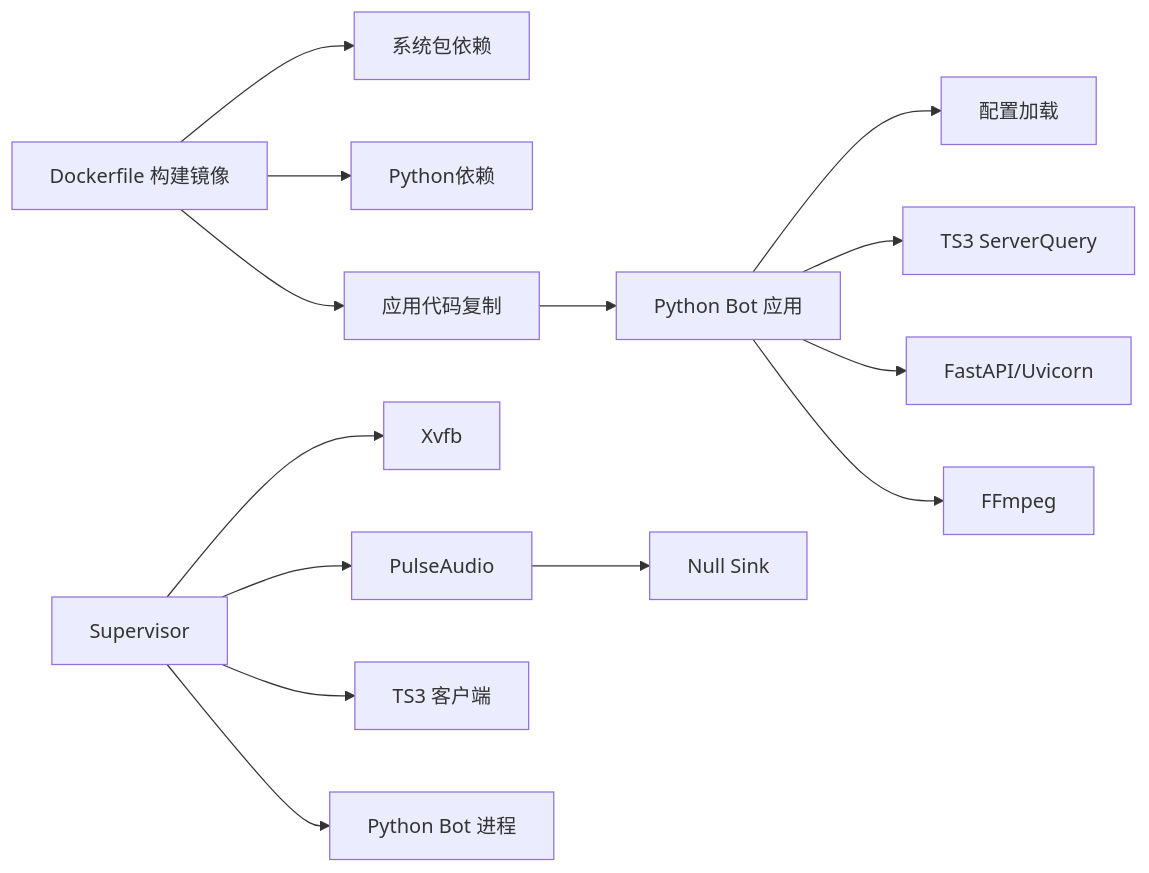
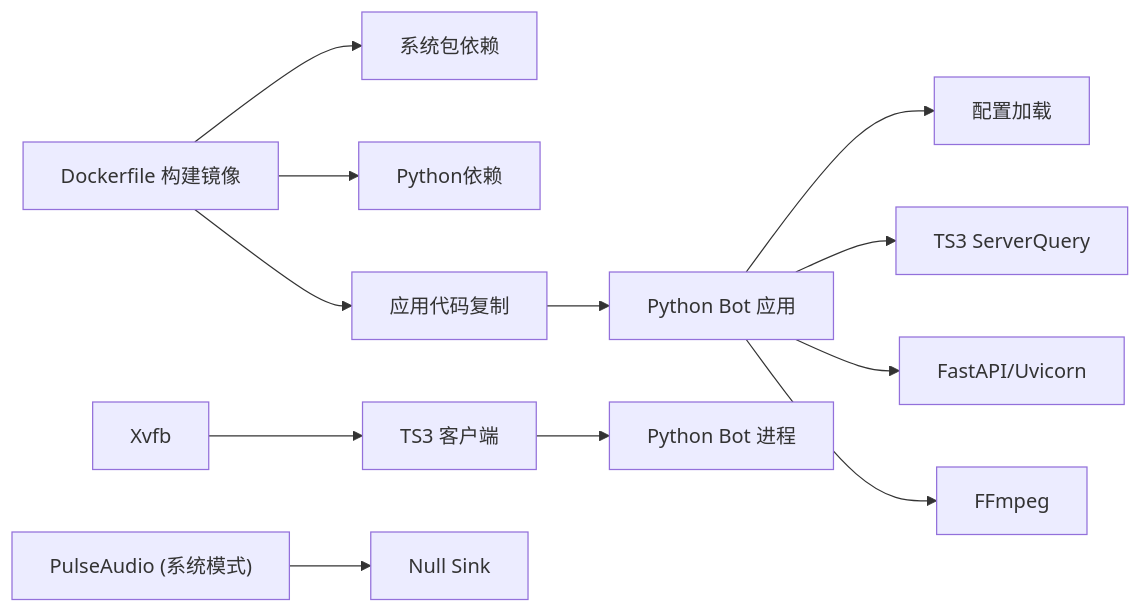
The third of 3 diagrams in .qoder/repowiki/zh/content/部署和运维/Docker容器化部署.md (GhoulOwl/Teamspeak3_Bot), drawn with Mermaid before and after one commit. The commit also changed other lines of this file and 4 other files, not shown here.

````diff
--- a/.qoder/repowiki/zh/content/部署和运维/Docker容器化部署.md
+++ b/.qoder/repowiki/zh/content/部署和运维/Docker容器化部署.md
@@ -246,16 +240,14 @@
 ```mermaid
 graph LR
 Dockerfile["Dockerfile 构建镜像"] --> SysPkgs["系统包依赖"]
 Dockerfile --> PyDeps["Python依赖"]
 Dockerfile --> AppCopy["应用代码复制"]
 AppCopy --> Bot["Python Bot 应用"]
 Bot --> Config["配置加载"]
 Bot --> TS3["TS3 ServerQuery"]
 Bot --> Webhook["FastAPI/Uvicorn"]
 Bot --> FFmpeg["FFmpeg"]
-Supervisor["Supervisor"] --> Xvfb["Xvfb"]
-Supervisor --> Pulse["PulseAudio"]
-Pulse --> NullSink["Null Sink"]
-Supervisor --> TS3Client["TS3 客户端"]
-Supervisor --> BotProc["Python Bot 进程"]
+Xvfb["Xvfb"] --> TS3Client["TS3 客户端"]
+Pulse["PulseAudio (系统模式)"] --> NullSink["Null Sink"]
+TS3Client --> BotProc["Python Bot 进程"]
 ```
````
